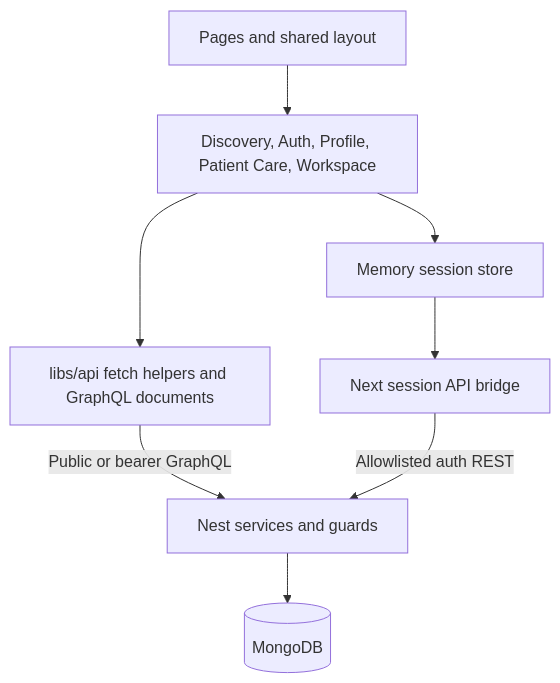
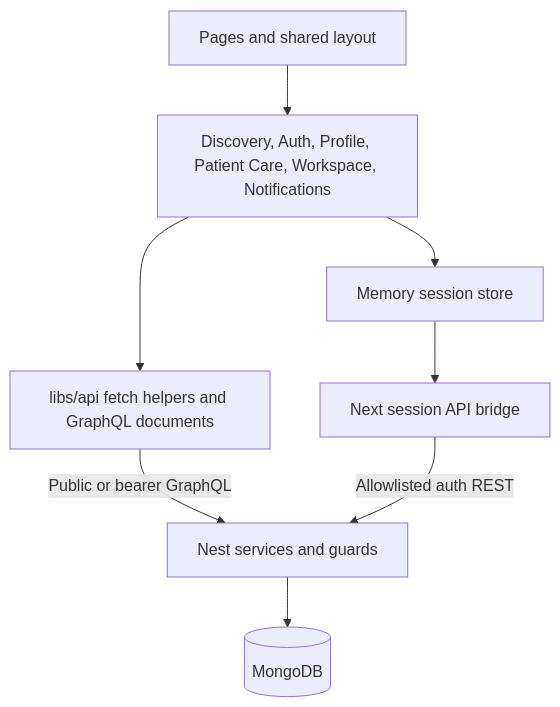
The first of 2 diagrams in docs/architecture/architecture-next.md (aaronkr-2026-2/cbnu-soft-eng-software-engineering-project-group-1), drawn with Mermaid before and after one commit. The commit also changed other lines of this file and 19 other files, not shown here.

````diff
--- a/docs/architecture/architecture-next.md
+++ b/docs/architecture/architecture-next.md
@@ -15,10 +15,10 @@
 ```mermaid
 flowchart TD
-  Routes[Pages and shared layout] --> Features[Discovery, Auth, Profile, Patient Care, Workspace]
+  Routes[Pages and shared layout] --> Features[Discovery, Auth, Profile, Patient Care, Workspace, Notifications]
   Features --> Transport[libs/api fetch helpers and GraphQL documents]
   Features --> Session[Memory session store]
   Session --> Bridge[Next session API bridge]
   Transport -->|Public or bearer GraphQL| Nest[Nest services and guards]
   Bridge -->|Allowlisted auth REST| Nest
   Nest --> DB[(MongoDB)]
 ```
````
